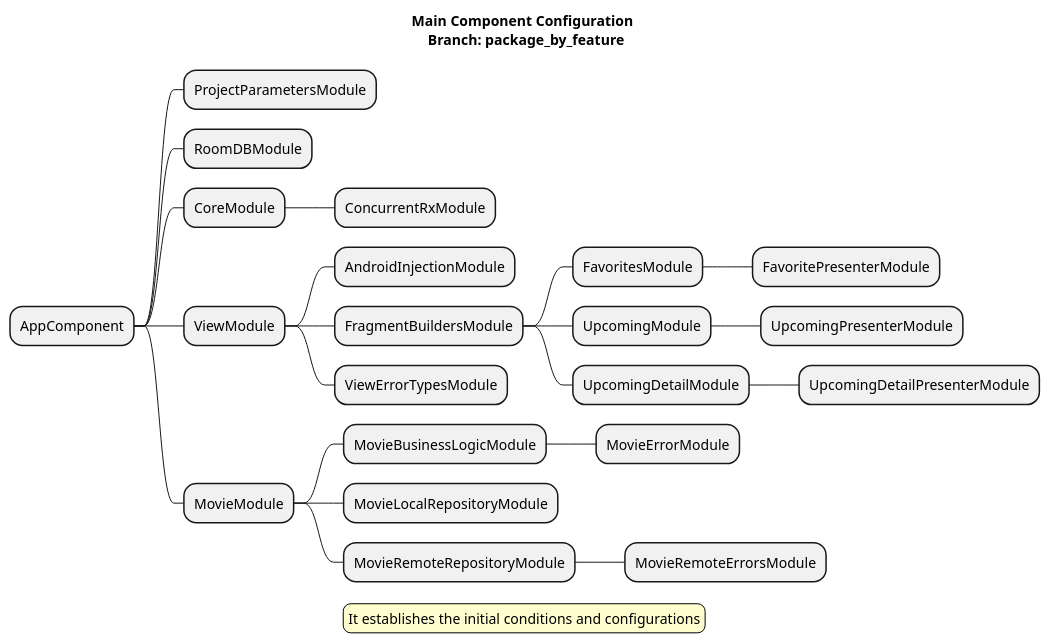
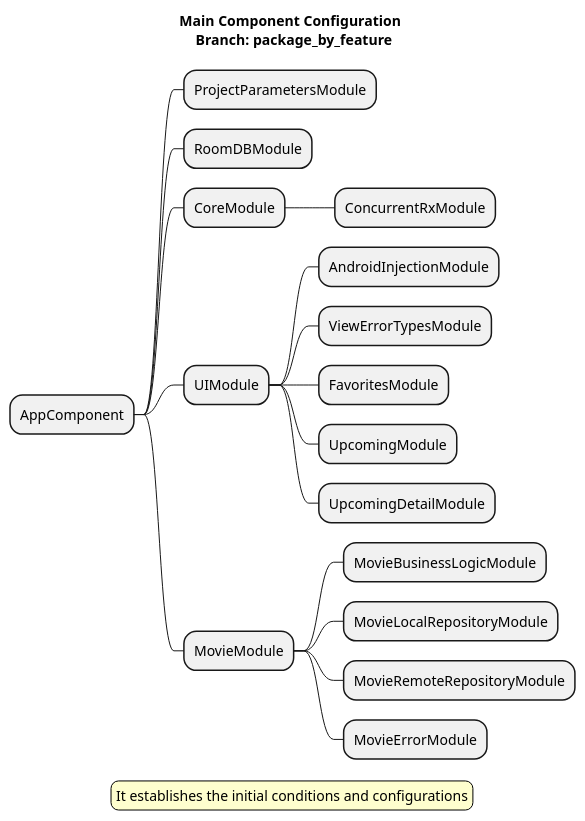
Before and after one commit to vanskarner/CleanMovie: the diagram in architecture_resources/branches/byFeature/MainComponentConfiguration.puml, drawn with PlantUML. The commit also changed 6 other files, not shown here.

Commit message:
updating diagrams byLayer and byFeature

```diff
--- a/architecture_resources/branches/byFeature/MainComponentConfiguration.puml
+++ b/architecture_resources/branches/byFeature/MainComponentConfiguration.puml
@@ -1,31 +1,26 @@
 @startmindmap
 
 title Main Component Configuration \n Branch: package_by_feature
 * AppComponent
 ** ProjectParametersModule
 ** RoomDBModule
 ** CoreModule
 *** ConcurrentRxModule
-** ViewModule
+** UIModule
 *** AndroidInjectionModule
-*** FragmentBuildersModule
-**** FavoritesModule
-***** FavoritePresenterModule
-**** UpcomingModule
-***** UpcomingPresenterModule
-**** UpcomingDetailModule
-***** UpcomingDetailPresenterModule
 *** ViewErrorTypesModule
+*** FavoritesModule
+*** UpcomingModule
+*** UpcomingDetailModule
 ** MovieModule
 *** MovieBusinessLogicModule
-**** MovieErrorModule
 *** MovieLocalRepositoryModule
 *** MovieRemoteRepositoryModule
-**** MovieRemoteErrorsModule
+*** MovieErrorModule
 
 legend
 It establishes the initial conditions and configurations
 end legend
 
 skinparam legendBackgroundColor #FEFECE
 @endmindmap
```
